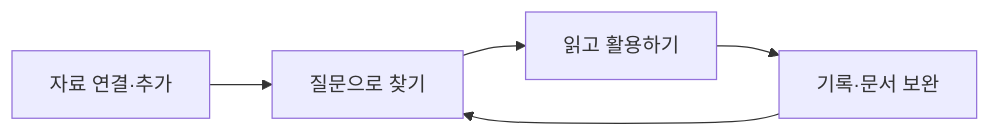
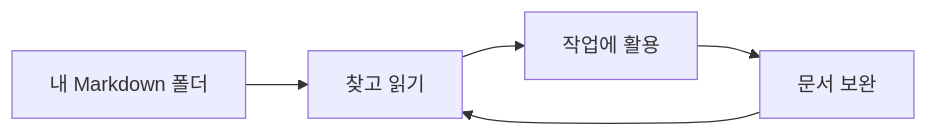
Before and after one commit to qoal1201/clonie-preview: the diagram in README.md, drawn with Mermaid. The commit also changed other lines of this file and 100 other files, not shown here.

````diff
--- a/README.md
+++ b/README.md
@@ -28,7 +21,7 @@
 ```mermaid
 flowchart LR
-  A[자료 연결·추가] --> B[질문으로 찾기]
-  B --> C[읽고 활용하기]
-  C --> D[기록·문서 보완]
+  A[내 Markdown 폴더] --> B[찾고 읽기]
+  B --> C[작업에 활용]
+  C --> D[문서 보완]
   D --> B
 ```
````
